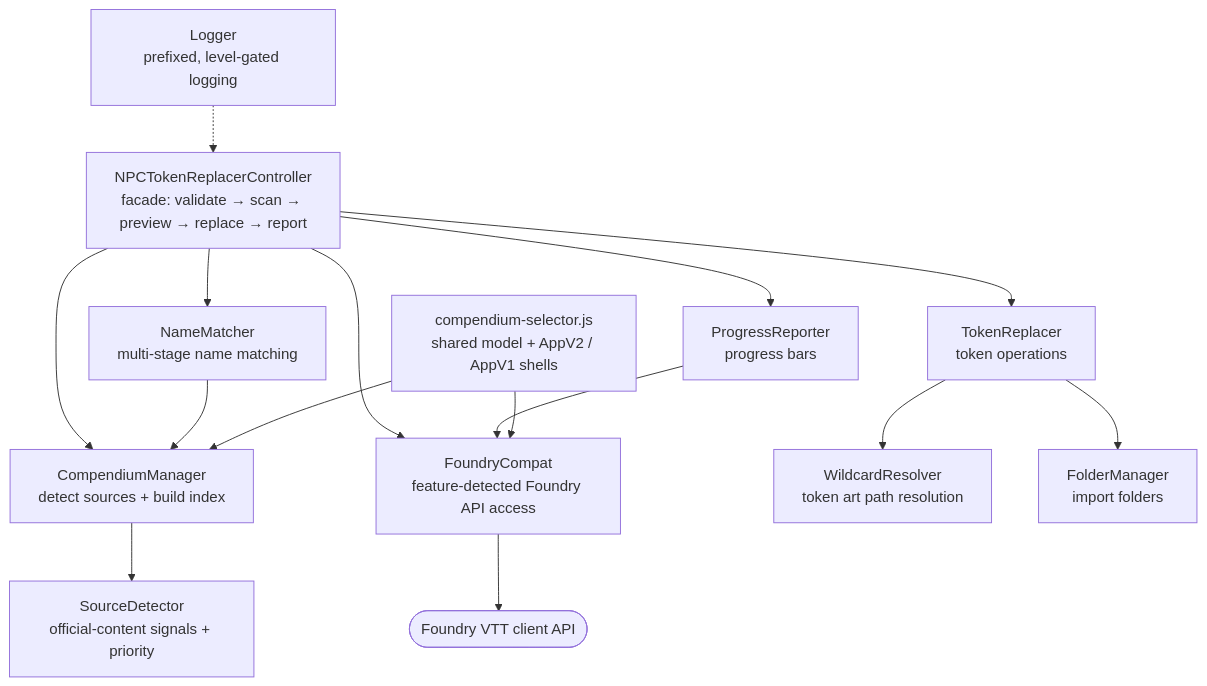
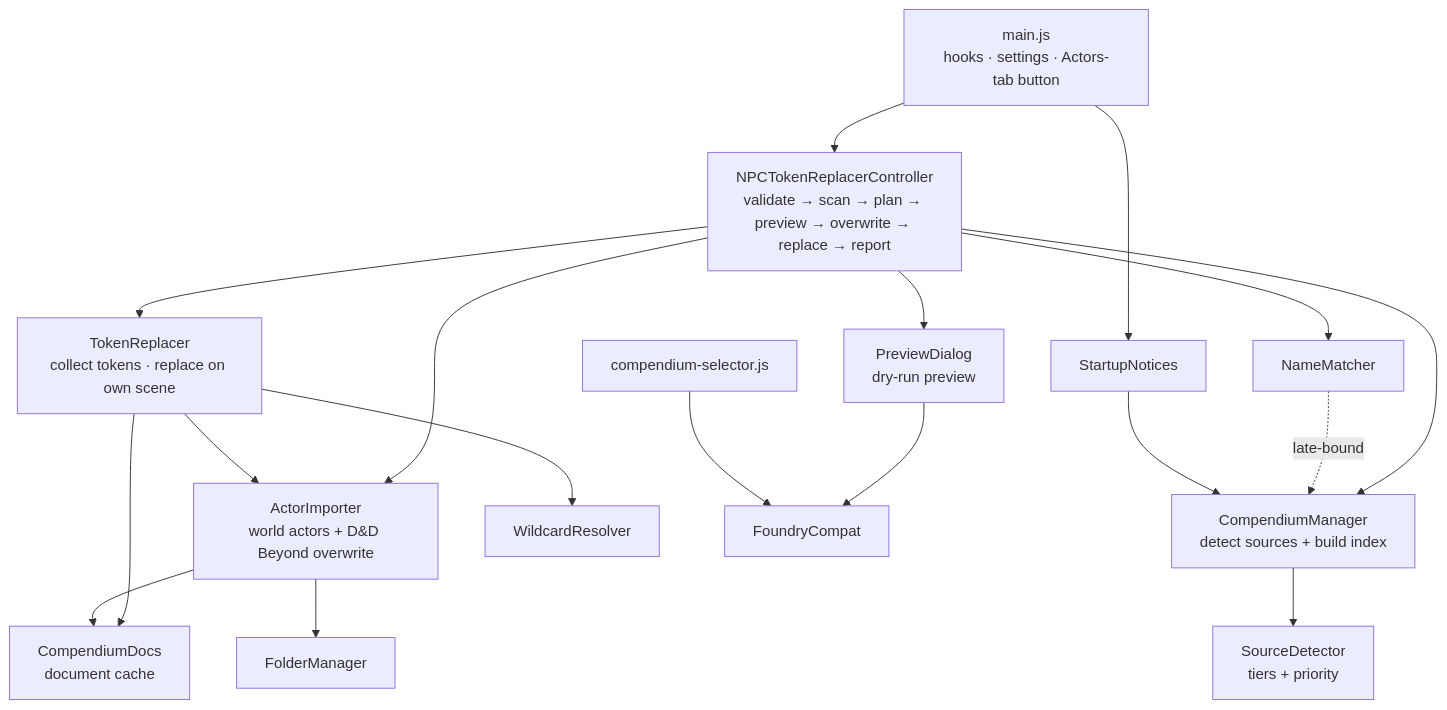
One commit to Aiacos/npc-token-replacer changed the diagram in CLAUDE.md. Above: the diagram before and after it, drawn with Mermaid. The commit also changed other lines of this file and 7 other files, not shown here.

````diff
--- a/CLAUDE.md
+++ b/CLAUDE.md
@@ -340,23 +352,23 @@
 ```mermaid
 graph TD
-    Controller["NPCTokenReplacerController<br/>facade: validate → scan → preview → replace → report"]
+    Main["main.js<br/>hooks · settings · Actors-tab button"] --> Controller
+    Controller["NPCTokenReplacerController<br/>validate → scan → plan → preview → overwrite → replace → report"]
 
     Controller --> CM["CompendiumManager<br/>detect sources + build index"]
-    Controller --> TR["TokenReplacer<br/>token operations"]
-    Controller --> NM["NameMatcher<br/>multi-stage name matching"]
-    Controller --> PR["ProgressReporter<br/>progress bars"]
-    Controller --> FC
+    Controller --> TR["TokenReplacer<br/>collect tokens · replace on own scene"]
+    Controller --> AI["ActorImporter<br/>world actors + D&D Beyond overwrite"]
+    Controller --> PD["PreviewDialog<br/>dry-run preview"]
+    Controller --> NM["NameMatcher"]
+    Main --> SN["StartupNotices"]
 
-    CM --> SD["SourceDetector<br/>official-content signals + priority"]
-    NM --> CM
-    TR --> WR["WildcardResolver<br/>token art path resolution"]
-    TR --> FM["FolderManager<br/>import folders"]
-    PR --> FC
-
-    CS["compendium-selector.js<br/>shared model + AppV2 / AppV1 shells"] --> FC
-    CS --> CM
-
-    FC["FoundryCompat<br/>feature-detected Foundry API access"] --> API(["Foundry VTT client API"])
-
-    Logger["Logger<br/>prefixed, level-gated logging"] -.-> Controller
+    TR --> AI
+    TR --> CD["CompendiumDocs<br/>document cache"]
+    TR --> WR["WildcardResolver"]
+    AI --> CD
+    AI --> FM["FolderManager"]
+    CM --> SD["SourceDetector<br/>tiers + priority"]
+    NM -. late-bound .-> CM
+    SN --> CM
+    PD --> FC["FoundryCompat"]
+    CS["compendium-selector.js"] --> FC
 ```
````
